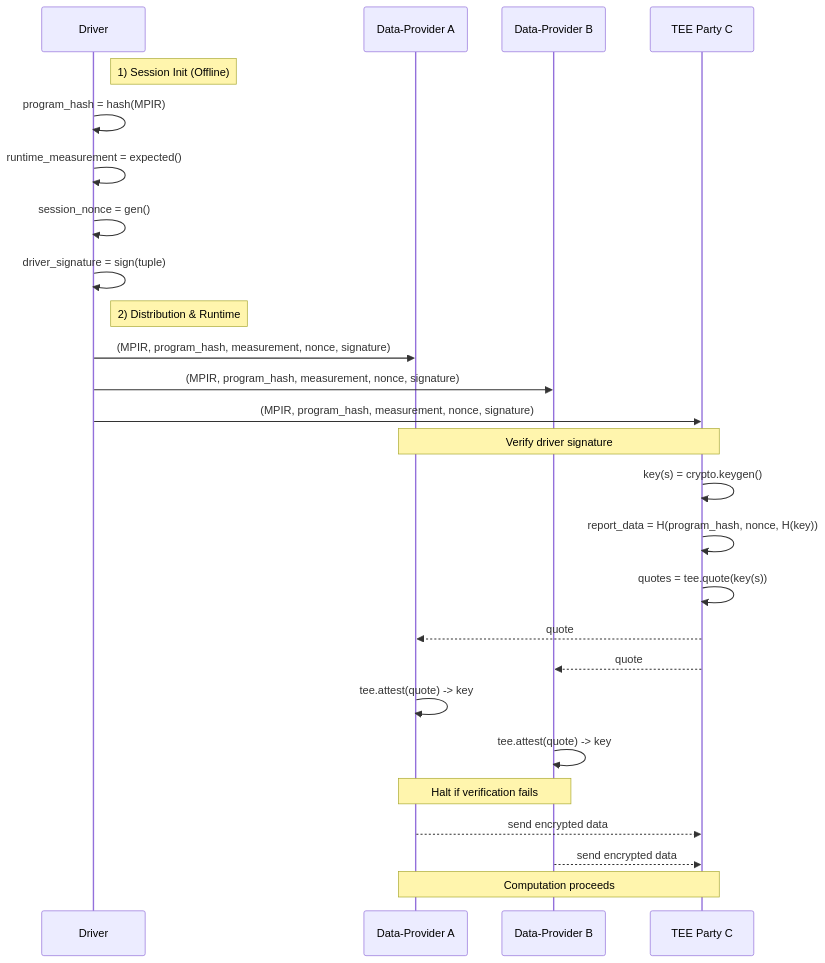
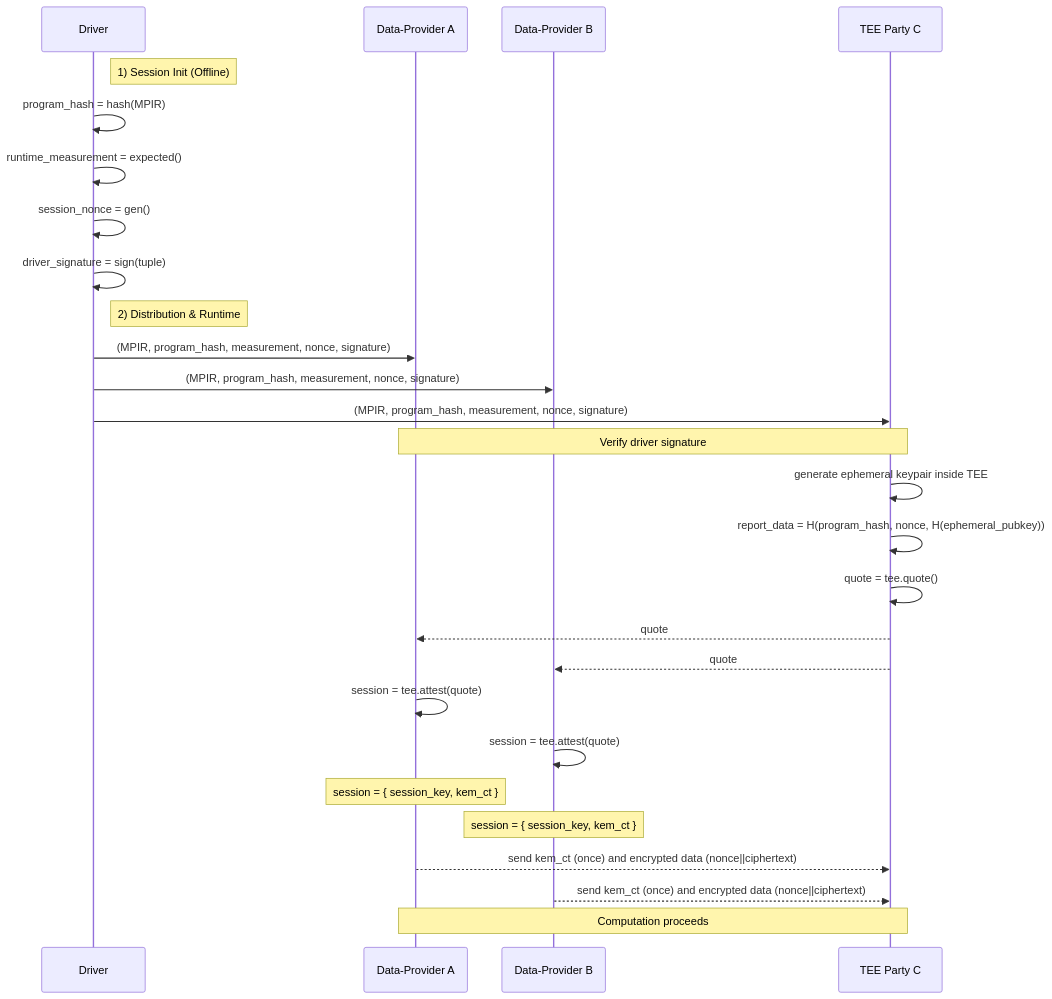
The diagram in design/tee_design.md (secretflow/mplang), drawn with Mermaid before and after one commit. The commit also changed other lines of this file and 5 other files, not shown here.

````diff
--- a/design/tee_design.md
+++ b/design/tee_design.md
@@ -80,37 +93,38 @@
 ```mermaid
 sequenceDiagram
-        participant Driver
-        participant A as Data-Provider A
-        participant B as Data-Provider B
-        participant C as TEE Party C
+  participant Driver
+  participant A as Data-Provider A
+  participant B as Data-Provider B
+  participant C as TEE Party C
 
-        note right of Driver: 1) Session Init (Offline)
-        Driver->>Driver: program_hash = hash(MPIR)
-        Driver->>Driver: runtime_measurement = expected()
-        Driver->>Driver: session_nonce = gen()
-        Driver->>Driver: driver_signature = sign(tuple)
+  note right of Driver: 1) Session Init (Offline)
+  Driver->>Driver: program_hash = hash(MPIR)
+  Driver->>Driver: runtime_measurement = expected()
+  Driver->>Driver: session_nonce = gen()
+  Driver->>Driver: driver_signature = sign(tuple)
 
-        note right of Driver: 2) Distribution & Runtime
-        Driver->>A: (MPIR, program_hash, measurement, nonce, signature)
-        Driver->>B: (MPIR, program_hash, measurement, nonce, signature)
-        Driver->>C: (MPIR, program_hash, measurement, nonce, signature)
+  note right of Driver: 2) Distribution & Runtime
+  Driver->>A: (MPIR, program_hash, measurement, nonce, signature)
+  Driver->>B: (MPIR, program_hash, measurement, nonce, signature)
+  Driver->>C: (MPIR, program_hash, measurement, nonce, signature)
 
-        note over A, C: Verify driver signature
+  note over A, C: Verify driver signature
 
-        C->>C: key(s) = crypto.keygen()
-        C->>C: report_data = H(program_hash, nonce, H(key))
-        C->>C: quotes = tee.quote(key(s))
+  C->>C: generate ephemeral keypair inside TEE
+  C->>C: report_data = H(program_hash, nonce, H(ephemeral_pubkey))
+  C->>C: quote = tee.quote()
 
-        C-->>A: quote
-        C-->>B: quote
+  C-->>A: quote
+  C-->>B: quote
 
-        A->>A: tee.attest(quote) -> key
-        B->>B: tee.attest(quote) -> key
+  A->>A: session = tee.attest(quote)
+  B->>B: session = tee.attest(quote)
 
-        note over A, B: Halt if verification fails
+  note over A: session = { session_key, kem_ct }
+  note over B: session = { session_key, kem_ct }
 
-        A-->>C: send encrypted data
-        B-->>C: send encrypted data
+  A-->>C: send kem_ct (once) and encrypted data (nonce||ciphertext)
+  B-->>C: send kem_ct (once) and encrypted data (nonce||ciphertext)
 
-        note over A, C: Computation proceeds
+  note over A, C: Computation proceeds
 ```
````
